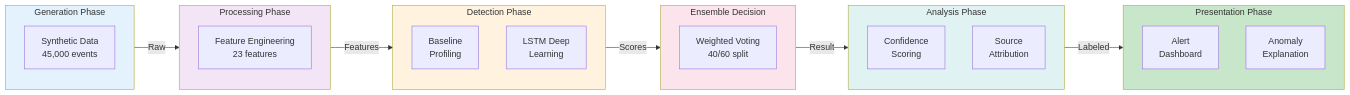
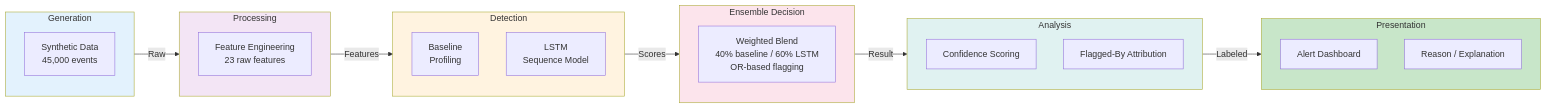
One commit to rupeshdharavath/Anomaly-Detection-cyber changed the second of 5 diagrams in ARCHITECTURE.md. Above: the diagram before and after it, drawn with Mermaid. The commit also changed other lines of this file and 4 other files, not shown here.

````diff
--- a/ARCHITECTURE.md
+++ b/ARCHITECTURE.md
@@ -110,42 +47,37 @@
 ```mermaid
 graph LR
-    subgraph Generation["Generation Phase"]
+    subgraph Generation["Generation"]
         SynData["Synthetic Data<br/>45,000 events"]
     end
-    
-    subgraph Processing["Processing Phase"]
-        FeatEng["Feature Engineering<br/>23 features"]
+    subgraph Processing["Processing"]
+        FeatEng["Feature Engineering<br/>23 raw features"]
     end
-    
-    subgraph Detection["Detection Phase"]
+    subgraph Detection["Detection"]
         BP["Baseline<br/>Profiling"]
-        LSTM["LSTM Deep<br/>Learning"]
+        LSTM["LSTM<br/>Sequence Model"]
     end
-    
     subgraph Ensemble["Ensemble Decision"]
-        Voting["Weighted Voting<br/>40/60 split"]
+        Voting["Weighted Blend<br/>40% baseline / 60% LSTM<br/>OR-based flagging"]
     end
-    
-    subgraph Analysis["Analysis Phase"]
-        Confidence["Confidence<br/>Scoring"]
-        Attribution["Source<br/>Attribution"]
+    subgraph Analysis["Analysis"]
+        Confidence["Confidence Scoring"]
+        Attribution["Flagged-By Attribution"]
     end
-    
-    subgraph Presentation["Presentation Phase"]
-        Dashboard["Alert<br/>Dashboard"]
-        Explain["Anomaly<br/>Explanation"]
+    subgraph Presentation["Presentation"]
+        Dashboard["Alert Dashboard"]
+        Explain["Reason / Explanation"]
     end
-    
+
     Generation -->|Raw| Processing
     Processing -->|Features| Detection
     Detection -->|Scores| Ensemble
     Ensemble -->|Result| Analysis
     Analysis -->|Labeled| Presentation
-    
+
     style Generation fill:#e3f2fd
     style Processing fill:#f3e5f5
     style Detection fill:#fff3e0
     style Ensemble fill:#fce4ec
     style Analysis fill:#e0f2f1
     style Presentation fill:#c8e6c9
 ```
````
